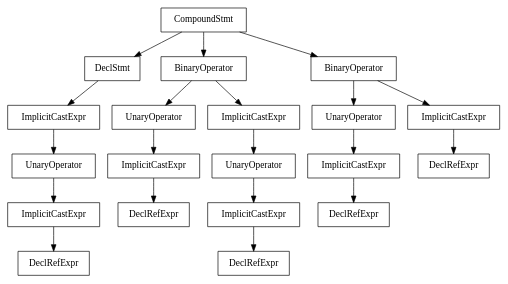
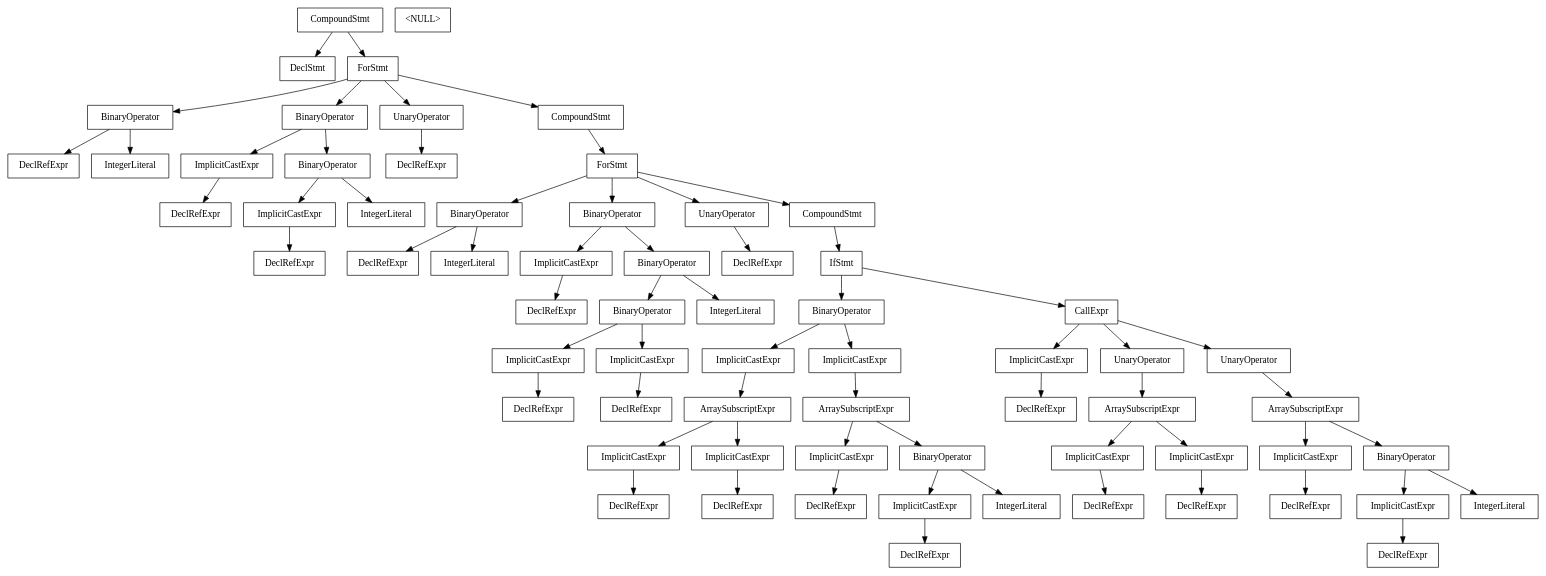
Before and after one commit to asn10038/4115_PLT: the diagram in Prog-2/Q2 AST.dot, drawn with Graphviz. The commit also changed 7 other files, not shown here.

```diff
--- a/Prog-2/Q2 AST.dot
+++ b/Prog-2/Q2 AST.dot
@@ -1,42 +1,135 @@
 digraph unnamed {
 
-	Node0x55e0f2e820f0 [shape=record,label="{CompoundStmt}"];
-	Node0x55e0f2e820f0 -> Node0x55e0f2e81f58;
-	Node0x55e0f2e820f0 -> Node0x55e0f2e82028;
-	Node0x55e0f2e820f0 -> Node0x55e0f2e820d0;
-	Node0x55e0f2e81f58 [shape=record,label="{DeclStmt}"];
-	Node0x55e0f2e81f58 -> Node0x55e0f2e81f40;
-	Node0x55e0f2e81f40 [shape=record,label="{ImplicitCastExpr}"];
-	Node0x55e0f2e81f40 -> Node0x55e0f2e81f28;
-	Node0x55e0f2e81f28 [shape=record,label="{UnaryOperator}"];
-	Node0x55e0f2e81f28 -> Node0x55e0f2e81f10;
-	Node0x55e0f2e81f10 [shape=record,label="{ImplicitCastExpr}"];
-	Node0x55e0f2e81f10 -> Node0x55e0f2e81ef0;
-	Node0x55e0f2e81ef0 [shape=record,label="{DeclRefExpr}"];
-	Node0x55e0f2e82028 [shape=record,label="{BinaryOperator}"];
-	Node0x55e0f2e82028 -> Node0x55e0f2e81fa8;
-	Node0x55e0f2e82028 -> Node0x55e0f2e82010;
-	Node0x55e0f2e81fa8 [shape=record,label="{UnaryOperator}"];
-	Node0x55e0f2e81fa8 -> Node0x55e0f2e81f90;
-	Node0x55e0f2e81f90 [shape=record,label="{ImplicitCastExpr}"];
-	Node0x55e0f2e81f90 -> Node0x55e0f2e81f70;
-	Node0x55e0f2e81f70 [shape=record,label="{DeclRefExpr}"];
-	Node0x55e0f2e82010 [shape=record,label="{ImplicitCastExpr}"];
-	Node0x55e0f2e82010 -> Node0x55e0f2e81ff8;
-	Node0x55e0f2e81ff8 [shape=record,label="{UnaryOperator}"];
-	Node0x55e0f2e81ff8 -> Node0x55e0f2e81fe0;
-	Node0x55e0f2e81fe0 [shape=record,label="{ImplicitCastExpr}"];
-	Node0x55e0f2e81fe0 -> Node0x55e0f2e81fc0;
-	Node0x55e0f2e81fc0 [shape=record,label="{DeclRefExpr}"];
-	Node0x55e0f2e820d0 [shape=record,label="{BinaryOperator}"];
-	Node0x55e0f2e820d0 -> Node0x55e0f2e82080;
-	Node0x55e0f2e820d0 -> Node0x55e0f2e820b8;
-	Node0x55e0f2e82080 [shape=record,label="{UnaryOperator}"];
-	Node0x55e0f2e82080 -> Node0x55e0f2e82068;
-	Node0x55e0f2e82068 [shape=record,label="{ImplicitCastExpr}"];
-	Node0x55e0f2e82068 -> Node0x55e0f2e82048;
-	Node0x55e0f2e82048 [shape=record,label="{DeclRefExpr}"];
-	Node0x55e0f2e820b8 [shape=record,label="{ImplicitCastExpr}"];
-	Node0x55e0f2e820b8 -> Node0x55e0f2e82098;
-	Node0x55e0f2e82098 [shape=record,label="{DeclRefExpr}"];
+	Node0x55e0f2e83a88 [shape=record,label="{CompoundStmt}"];
+	Node0x55e0f2e83a88 -> Node0x55e0f2e82500;
+	Node0x55e0f2e83a88 -> Node0x55e0f2e83a50;
+	Node0x55e0f2e82500 [shape=record,label="{DeclStmt}"];
+	Node0x55e0f2e83a50 [shape=record,label="{ForStmt}"];
+	Node0x55e0f2e83a50 -> Node0x55e0f2e82558;
+	Node0x55e0f2e83a50 -> Node0x55e0f2e82628;
+	Node0x55e0f2e83a50 -> Node0x55e0f2e82668;
+	Node0x55e0f2e83a50 -> Node0x55e0f2e83a38;
+	Node0x55e0f2e82558 [shape=record,label="{BinaryOperator}"];
+	Node0x55e0f2e82558 -> Node0x55e0f2e82518;
+	Node0x55e0f2e82558 -> Node0x55e0f2e82538;
+	Node0x55e0f2e82518 [shape=record,label="{DeclRefExpr}"];
+	Node0x55e0f2e82538 [shape=record,label="{IntegerLiteral}"];
+	Node0x0 [shape=record,label="{\<NULL\>}"];
+	Node0x55e0f2e82628 [shape=record,label="{BinaryOperator}"];
+	Node0x55e0f2e82628 -> Node0x55e0f2e82610;
+	Node0x55e0f2e82628 -> Node0x55e0f2e825f0;
+	Node0x55e0f2e82610 [shape=record,label="{ImplicitCastExpr}"];
+	Node0x55e0f2e82610 -> Node0x55e0f2e82578;
+	Node0x55e0f2e82578 [shape=record,label="{DeclRefExpr}"];
+	Node0x55e0f2e825f0 [shape=record,label="{BinaryOperator}"];
+	Node0x55e0f2e825f0 -> Node0x55e0f2e825d8;
+	Node0x55e0f2e825f0 -> Node0x55e0f2e825b8;
+	Node0x55e0f2e825d8 [shape=record,label="{ImplicitCastExpr}"];
+	Node0x55e0f2e825d8 -> Node0x55e0f2e82598;
+	Node0x55e0f2e82598 [shape=record,label="{DeclRefExpr}"];
+	Node0x55e0f2e825b8 [shape=record,label="{IntegerLiteral}"];
+	Node0x55e0f2e82668 [shape=record,label="{UnaryOperator}"];
+	Node0x55e0f2e82668 -> Node0x55e0f2e82648;
+	Node0x55e0f2e82648 [shape=record,label="{DeclRefExpr}"];
+	Node0x55e0f2e83a38 [shape=record,label="{CompoundStmt}"];
+	Node0x55e0f2e83a38 -> Node0x55e0f2e83a00;
+	Node0x55e0f2e83a00 [shape=record,label="{ForStmt}"];
+	Node0x55e0f2e83a00 -> Node0x55e0f2e826c0;
+	Node0x55e0f2e83a00 -> Node0x55e0f2e827e8;
+	Node0x55e0f2e83a00 -> Node0x55e0f2e82828;
+	Node0x55e0f2e83a00 -> Node0x55e0f2e839e8;
+	Node0x55e0f2e826c0 [shape=record,label="{BinaryOperator}"];
+	Node0x55e0f2e826c0 -> Node0x55e0f2e82680;
+	Node0x55e0f2e826c0 -> Node0x55e0f2e826a0;
+	Node0x55e0f2e82680 [shape=record,label="{DeclRefExpr}"];
+	Node0x55e0f2e826a0 [shape=record,label="{IntegerLiteral}"];
+	Node0x55e0f2e827e8 [shape=record,label="{BinaryOperator}"];
+	Node0x55e0f2e827e8 -> Node0x55e0f2e827d0;
+	Node0x55e0f2e827e8 -> Node0x55e0f2e827b0;
+	Node0x55e0f2e827d0 [shape=record,label="{ImplicitCastExpr}"];
+	Node0x55e0f2e827d0 -> Node0x55e0f2e826e0;
+	Node0x55e0f2e826e0 [shape=record,label="{DeclRefExpr}"];
+	Node0x55e0f2e827b0 [shape=record,label="{BinaryOperator}"];
+	Node0x55e0f2e827b0 -> Node0x55e0f2e82770;
+	Node0x55e0f2e827b0 -> Node0x55e0f2e82790;
+	Node0x55e0f2e82770 [shape=record,label="{BinaryOperator}"];
+	Node0x55e0f2e82770 -> Node0x55e0f2e82740;
+	Node0x55e0f2e82770 -> Node0x55e0f2e82758;
+	Node0x55e0f2e82740 [shape=record,label="{ImplicitCastExpr}"];
+	Node0x55e0f2e82740 -> Node0x55e0f2e82700;
+	Node0x55e0f2e82700 [shape=record,label="{DeclRefExpr}"];
+	Node0x55e0f2e82758 [shape=record,label="{ImplicitCastExpr}"];
+	Node0x55e0f2e82758 -> Node0x55e0f2e82720;
+	Node0x55e0f2e82720 [shape=record,label="{DeclRefExpr}"];
+	Node0x55e0f2e82790 [shape=record,label="{IntegerLiteral}"];
+	Node0x55e0f2e82828 [shape=record,label="{UnaryOperator}"];
+	Node0x55e0f2e82828 -> Node0x55e0f2e82808;
+	Node0x55e0f2e82808 [shape=record,label="{DeclRefExpr}"];
+	Node0x55e0f2e839e8 [shape=record,label="{CompoundStmt}"];
+	Node0x55e0f2e839e8 -> Node0x55e0f2e839d0;
+	Node0x55e0f2e839d0 [shape=record,label="{IfStmt}"];
+	Node0x55e0f2e839d0 -> Node0x55e0f2e829d0;
+	Node0x55e0f2e839d0 -> Node0x55e0f2e839a0;
+	Node0x55e0f2e829d0 [shape=record,label="{BinaryOperator}"];
+	Node0x55e0f2e829d0 -> Node0x55e0f2e829a0;
+	Node0x55e0f2e829d0 -> Node0x55e0f2e829b8;
+	Node0x55e0f2e829a0 [shape=record,label="{ImplicitCastExpr}"];
+	Node0x55e0f2e829a0 -> Node0x55e0f2e828b0;
+	Node0x55e0f2e828b0 [shape=record,label="{ArraySubscriptExpr}"];
+	Node0x55e0f2e828b0 -> Node0x55e0f2e82880;
+	Node0x55e0f2e828b0 -> Node0x55e0f2e82898;
+	Node0x55e0f2e82880 [shape=record,label="{ImplicitCastExpr}"];
+	Node0x55e0f2e82880 -> Node0x55e0f2e82840;
+	Node0x55e0f2e82840 [shape=record,label="{DeclRefExpr}"];
+	Node0x55e0f2e82898 [shape=record,label="{ImplicitCastExpr}"];
+	Node0x55e0f2e82898 -> Node0x55e0f2e82860;
+	Node0x55e0f2e82860 [shape=record,label="{DeclRefExpr}"];
+	Node0x55e0f2e829b8 [shape=record,label="{ImplicitCastExpr}"];
+	Node0x55e0f2e829b8 -> Node0x55e0f2e82980;
+	Node0x55e0f2e82980 [shape=record,label="{ArraySubscriptExpr}"];
+	Node0x55e0f2e82980 -> Node0x55e0f2e82968;
+	Node0x55e0f2e82980 -> Node0x55e0f2e82948;
+	Node0x55e0f2e82968 [shape=record,label="{ImplicitCastExpr}"];
+	Node0x55e0f2e82968 -> Node0x55e0f2e828d0;
+	Node0x55e0f2e828d0 [shape=record,label="{DeclRefExpr}"];
+	Node0x55e0f2e82948 [shape=record,label="{BinaryOperator}"];
+	Node0x55e0f2e82948 -> Node0x55e0f2e82930;
+	Node0x55e0f2e82948 -> Node0x55e0f2e82910;
+	Node0x55e0f2e82930 [shape=record,label="{ImplicitCastExpr}"];
+	Node0x55e0f2e82930 -> Node0x55e0f2e828f0;
+	Node0x55e0f2e828f0 [shape=record,label="{DeclRefExpr}"];
+	Node0x55e0f2e82910 [shape=record,label="{IntegerLiteral}"];
+	Node0x55e0f2e839a0 [shape=record,label="{CallExpr}"];
+	Node0x55e0f2e839a0 -> Node0x55e0f2e82bc8;
+	Node0x55e0f2e839a0 -> Node0x55e0f2e82aa0;
+	Node0x55e0f2e839a0 -> Node0x55e0f2e82b88;
+	Node0x55e0f2e82bc8 [shape=record,label="{ImplicitCastExpr}"];
+	Node0x55e0f2e82bc8 -> Node0x55e0f2e829f0;
+	Node0x55e0f2e829f0 [shape=record,label="{DeclRefExpr}"];
+	Node0x55e0f2e82aa0 [shape=record,label="{UnaryOperator}"];
+	Node0x55e0f2e82aa0 -> Node0x55e0f2e82a80;
+	Node0x55e0f2e82a80 [shape=record,label="{ArraySubscriptExpr}"];
+	Node0x55e0f2e82a80 -> Node0x55e0f2e82a50;
+	Node0x55e0f2e82a80 -> Node0x55e0f2e82a68;
+	Node0x55e0f2e82a50 [shape=record,label="{ImplicitCastExpr}"];
+	Node0x55e0f2e82a50 -> Node0x55e0f2e82a10;
+	Node0x55e0f2e82a10 [shape=record,label="{DeclRefExpr}"];
+	Node0x55e0f2e82a68 [shape=record,label="{ImplicitCastExpr}"];
+	Node0x55e0f2e82a68 -> Node0x55e0f2e82a30;
+	Node0x55e0f2e82a30 [shape=record,label="{DeclRefExpr}"];
+	Node0x55e0f2e82b88 [shape=record,label="{UnaryOperator}"];
+	Node0x55e0f2e82b88 -> Node0x55e0f2e82b68;
+	Node0x55e0f2e82b68 [shape=record,label="{ArraySubscriptExpr}"];
+	Node0x55e0f2e82b68 -> Node0x55e0f2e82b50;
+	Node0x55e0f2e82b68 -> Node0x55e0f2e82b30;
+	Node0x55e0f2e82b50 [shape=record,label="{ImplicitCastExpr}"];
+	Node0x55e0f2e82b50 -> Node0x55e0f2e82ab8;
+	Node0x55e0f2e82ab8 [shape=record,label="{DeclRefExpr}"];
+	Node0x55e0f2e82b30 [shape=record,label="{BinaryOperator}"];
+	Node0x55e0f2e82b30 -> Node0x55e0f2e82b18;
+	Node0x55e0f2e82b30 -> Node0x55e0f2e82af8;
+	Node0x55e0f2e82b18 [shape=record,label="{ImplicitCastExpr}"];
+	Node0x55e0f2e82b18 -> Node0x55e0f2e82ad8;
+	Node0x55e0f2e82ad8 [shape=record,label="{DeclRefExpr}"];
+	Node0x55e0f2e82af8 [shape=record,label="{IntegerLiteral}"];
 }
```
